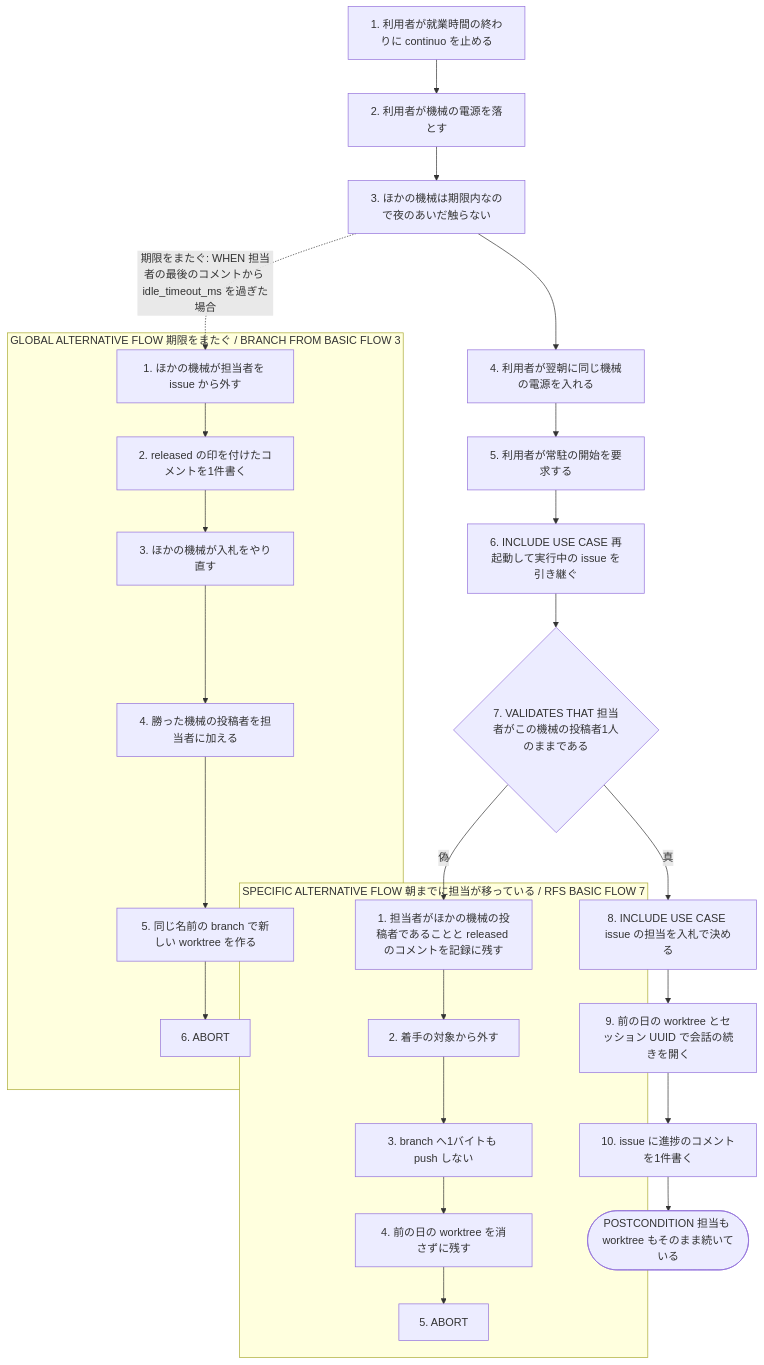
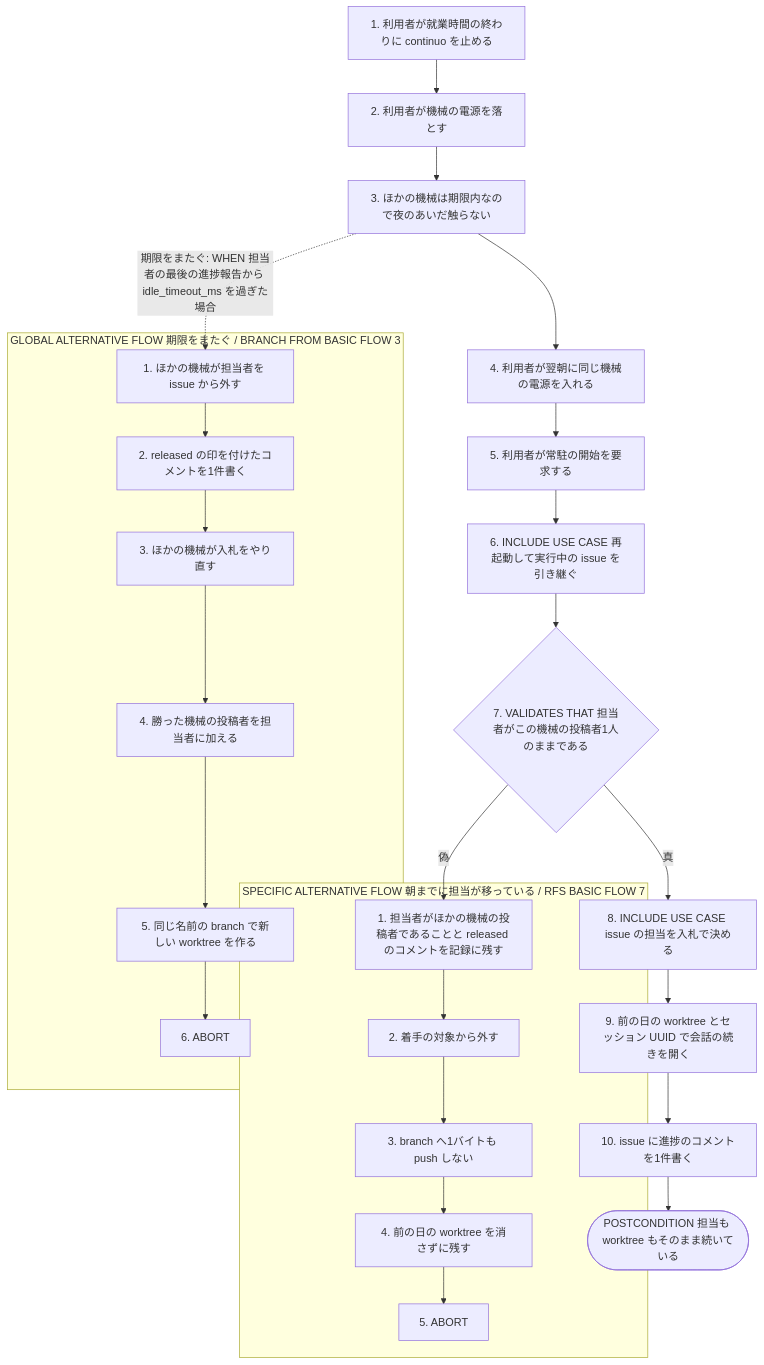
One commit to maimuzo/continuo changed the first of 2 diagrams in docs/spec/usecases/scenario/夜に機械を落として翌朝に担当を続ける.rucm.md. Above: the diagram before and after it, drawn with Mermaid. The commit also changed other lines of this file and 20 other files, not shown here.

````diff
--- a/docs/spec/usecases/scenario/夜に機械を落として翌朝に担当を続ける.rucm.md
+++ b/docs/spec/usecases/scenario/夜に機械を落として翌朝に担当を続ける.rucm.md
@@ -118,27 +118,27 @@
 ```mermaid
 flowchart TD
     B1["1. 利用者が就業時間の終わりに continuo を止める"]
     B2["2. 利用者が機械の電源を落とす"]
     B3["3. ほかの機械は期限内なので夜のあいだ触らない"]
     B4["4. 利用者が翌朝に同じ機械の電源を入れる"]
     B5["5. 利用者が常駐の開始を要求する"]
     B6["6. INCLUDE USE CASE 再起動して実行中の issue を引き継ぐ"]
     B7{"7. VALIDATES THAT 担当者がこの機械の投稿者1人のままである"}
     B8["8. INCLUDE USE CASE issue の担当を入札で決める"]
     B9["9. 前の日の worktree とセッション UUID で会話の続きを開く"]
     B10["10. issue に進捗のコメントを1件書く"]
     BPOST(["POSTCONDITION 担当も worktree もそのまま続いている"])
 
     B1 --> B2 --> B3 --> B4 --> B5 --> B6 --> B7
     B7 -- 偽 --> A1S1
     B7 -- 真 --> B8 --> B9 --> B10 --> BPOST
-    B3 -. "期限をまたぐ: WHEN 担当者の最後のコメントから idle_timeout_ms を過ぎた場合" .-> G1S1
+    B3 -. "期限をまたぐ: WHEN 担当者の最後の進捗報告から idle_timeout_ms を過ぎた場合" .-> G1S1
 
     subgraph SAF1 ["SPECIFIC ALTERNATIVE FLOW 朝までに担当が移っている / RFS BASIC FLOW 7"]
         A1S1["1. 担当者がほかの機械の投稿者であることと released のコメントを記録に残す"] --> A1S2["2. 着手の対象から外す"] --> A1S3["3. branch へ1バイトも push しない"] --> A1S4["4. 前の日の worktree を消さずに残す"] --> A1S5["5. ABORT"]
     end
 
     subgraph GAF1 ["GLOBAL ALTERNATIVE FLOW 期限をまたぐ / BRANCH FROM BASIC FLOW 3"]
         G1S1["1. ほかの機械が担当者を issue から外す"] --> G1S2["2. released の印を付けたコメントを1件書く"] --> G1S3["3. ほかの機械が入札をやり直す"] --> G1S4["4. 勝った機械の投稿者を担当者に加える"] --> G1S5["5. 同じ名前の branch で新しい worktree を作る"] --> G1S6["6. ABORT"]
     end
 ```
````
